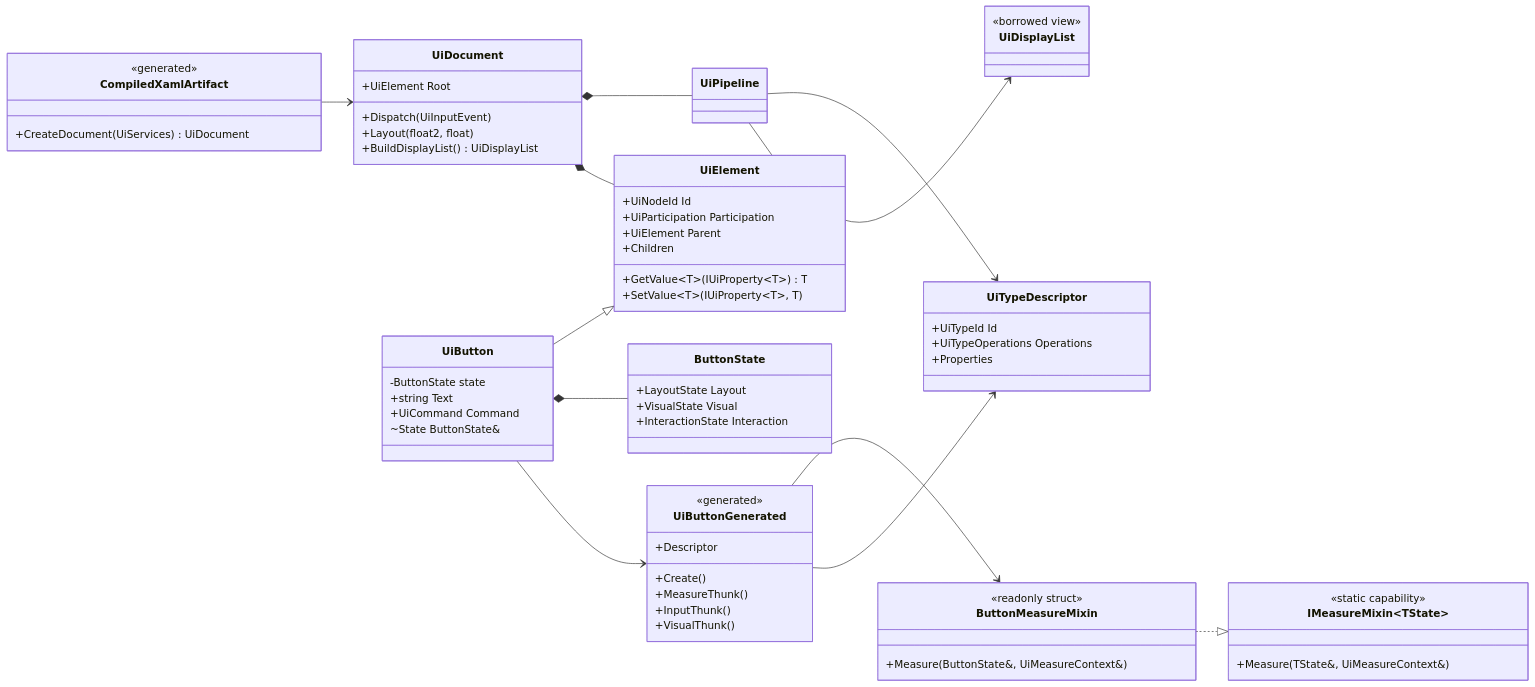
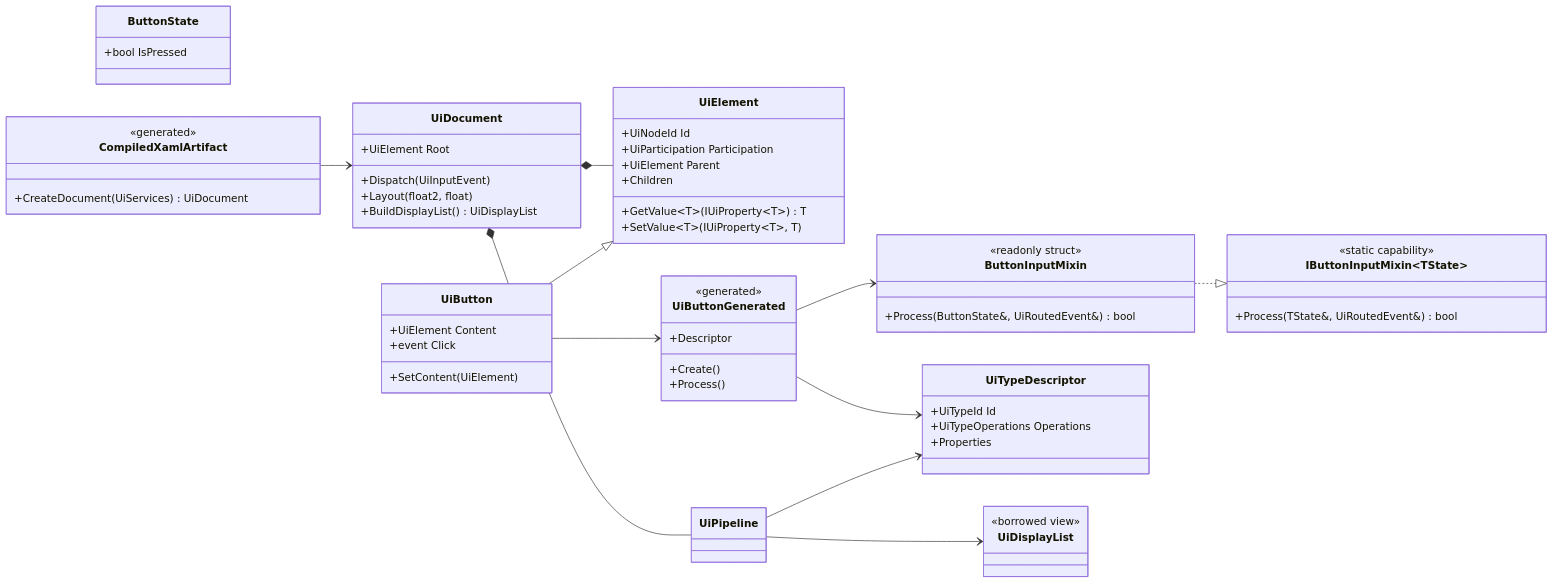
One commit to Artromskiy/DeltaXAML changed the diagram in docs/INTERNAL.md. Above: the diagram before and after it, drawn with Mermaid. The commit also changed other lines of this file and 10 other files, not shown here.

````diff
--- a/docs/INTERNAL.md
+++ b/docs/INTERNAL.md
@@ -776,80 +773,74 @@
 ```mermaid
 classDiagram
     direction LR
 
     class UiDocument {
         +UiElement Root
         +Dispatch(UiInputEvent)
         +Layout(float2, float)
         +BuildDisplayList() UiDisplayList
     }
 
     class UiElement {
         +UiNodeId Id
         +UiParticipation Participation
         +UiElement Parent
         +Children
         +GetValue~T~(IUiProperty~T~) T
         +SetValue~T~(IUiProperty~T~, T)
     }
 
     class UiButton {
-        -ButtonState state
-        +string Text
-        +UiCommand Command
-        ~State ButtonState&
+        +UiElement Content
+        +event Click
+        +SetContent(UiElement)
     }
 
     class ButtonState {
-        +LayoutState Layout
-        +VisualState Visual
-        +InteractionState Interaction
+        +bool IsPressed
     }
 
-    class IMeasureMixin~TState~ {
+    class IButtonInputMixin~TState~ {
         <<static capability>>
-        +Measure(TState&, UiMeasureContext&)
+        +Process(TState&, UiRoutedEvent&) bool
     }
 
-    class ButtonMeasureMixin {
+    class ButtonInputMixin {
         <<readonly struct>>
-        +Measure(ButtonState&, UiMeasureContext&)
+        +Process(ButtonState&, UiRoutedEvent&) bool
     }
 
     class UiTypeDescriptor {
         +UiTypeId Id
         +UiTypeOperations Operations
         +Properties
     }
 
     class UiButtonGenerated {
         <<generated>>
         +Descriptor
         +Create()
-        +MeasureThunk()
-        +InputThunk()
-        +VisualThunk()
+        +Process()
     }
 
     class CompiledXamlArtifact {
         <<generated>>
         +CreateDocument(UiServices) UiDocument
     }
 
     class UiPipeline
     class UiDisplayList {
         <<borrowed view>>
     }
 
     UiDocument *-- UiPipeline
     UiDocument *-- UiElement
     UiButton --|> UiElement
-    UiButton *-- ButtonState
-    ButtonMeasureMixin ..|> IMeasureMixin~ButtonState~
-    UiButtonGenerated --> ButtonMeasureMixin
+    ButtonInputMixin ..|> IButtonInputMixin~ButtonState~
+    UiButtonGenerated --> ButtonInputMixin
     UiButtonGenerated --> UiTypeDescriptor
     UiButton --> UiButtonGenerated
     CompiledXamlArtifact --> UiDocument
     UiPipeline --> UiTypeDescriptor
     UiPipeline --> UiDisplayList
 ```
````
